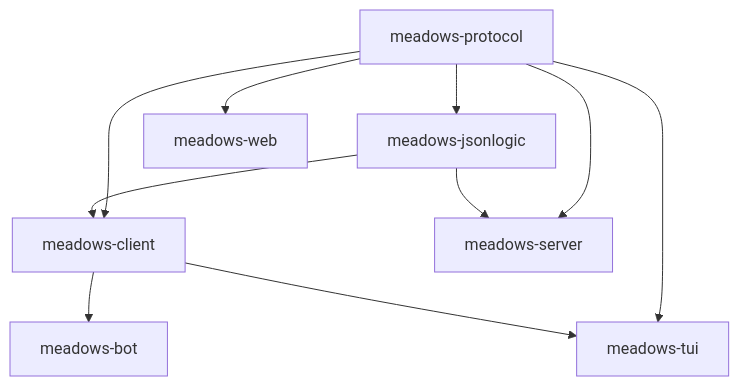
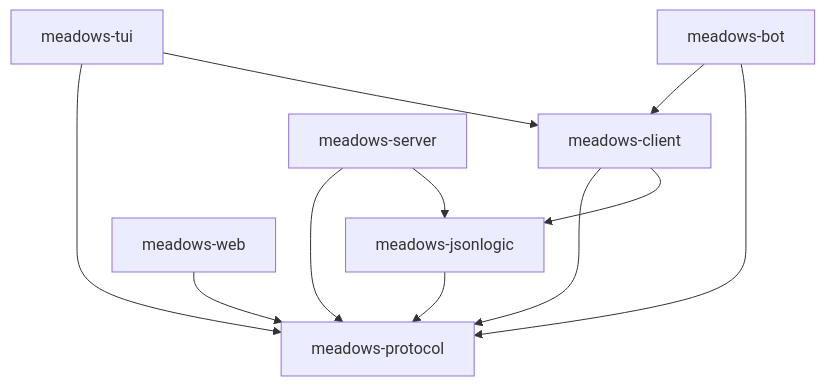
One commit to remcoboerma/meadows-docs changed the diagram in docs/docs/architecture/dependency-graph.md. Above: the diagram before and after it, drawn with Mermaid. The commit also changed other lines of this file and 6 other files, not shown here.

````diff
--- a/docs/docs/architecture/dependency-graph.md
+++ b/docs/docs/architecture/dependency-graph.md
@@ -8,20 +10,21 @@
 ```mermaid
 graph TD
-    P[meadows-protocol]
     J[meadows-jsonlogic]
     C[meadows-client]
     B[meadows-bot]
     S[meadows-server]
     W[meadows-web]
     T[meadows-tui]
+    P[meadows-protocol]
 
-    P --> J
-    P --> C
-    P --> S
-    P --> W
-    P --> T
-    J --> S
-    J --> C
-    C --> B
-    C --> T
+    J --> P
+    C --> P
+    C --> J
+    S --> P
+    S --> J
+    W --> P
+    T --> P
+    T --> C
+    B --> C
+    B --> P
 ```
````
